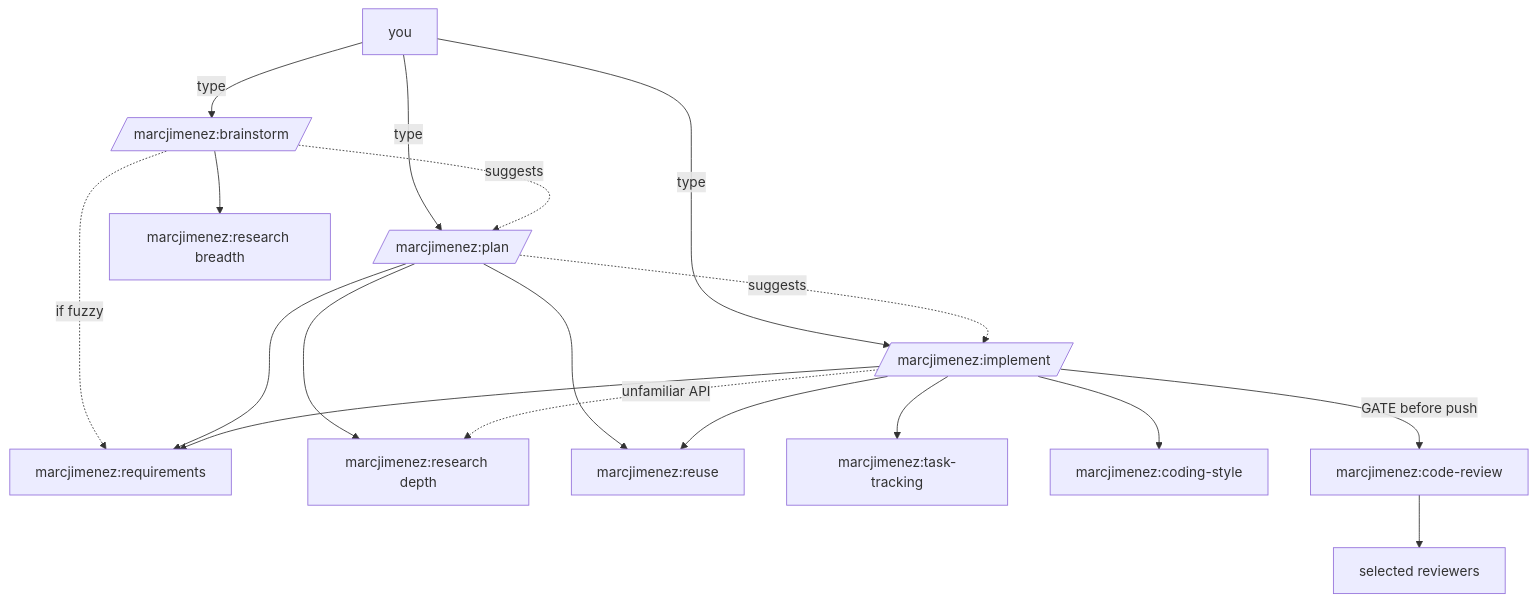
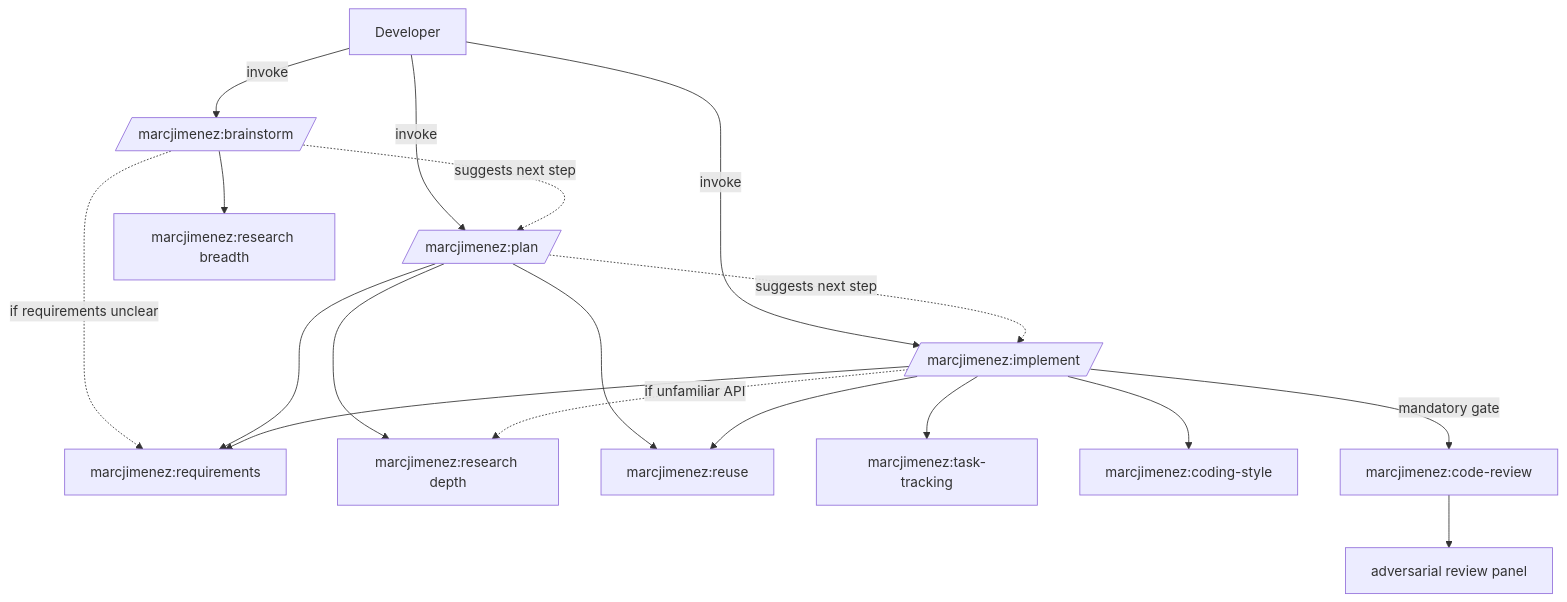
The diagram in README.md (marcjimenez/skills), drawn with Mermaid before and after one commit. The commit also changed other lines of this file and 4 other files, not shown here.

````diff
--- a/README.md
+++ b/README.md
@@ -36,20 +41,20 @@
 ```mermaid
 flowchart TD
-    U[you] -->|type| BR[/marcjimenez:brainstorm/]
-    U -->|type| PL[/marcjimenez:plan/]
-    U -->|type| IM[/marcjimenez:implement/]
+    U[Developer] -->|invoke| BR[/marcjimenez:brainstorm/]
+    U -->|invoke| PL[/marcjimenez:plan/]
+    U -->|invoke| IM[/marcjimenez:implement/]
     BR --> RS[marcjimenez:research breadth]
-    BR -.if fuzzy.-> RQ
-    BR -.suggests.-> PL
+    BR -.if requirements unclear.-> RQ
+    BR -.suggests next step.-> PL
     PL --> RQ[marcjimenez:requirements]
     PL --> RSD[marcjimenez:research depth]
     PL --> RU[marcjimenez:reuse]
-    PL -.suggests.-> IM
+    PL -.suggests next step.-> IM
     IM --> RQ
     IM --> TT[marcjimenez:task-tracking]
     IM --> RU
     IM --> CS[marcjimenez:coding-style]
-    IM -.unfamiliar API.-> RSD
-    IM -->|GATE before push| CR[marcjimenez:code-review]
-    CR --> REV[selected reviewers]
+    IM -.if unfamiliar API.-> RSD
+    IM -->|mandatory gate| CR[marcjimenez:code-review]
+    CR --> REV[adversarial review panel]
 ```
````
